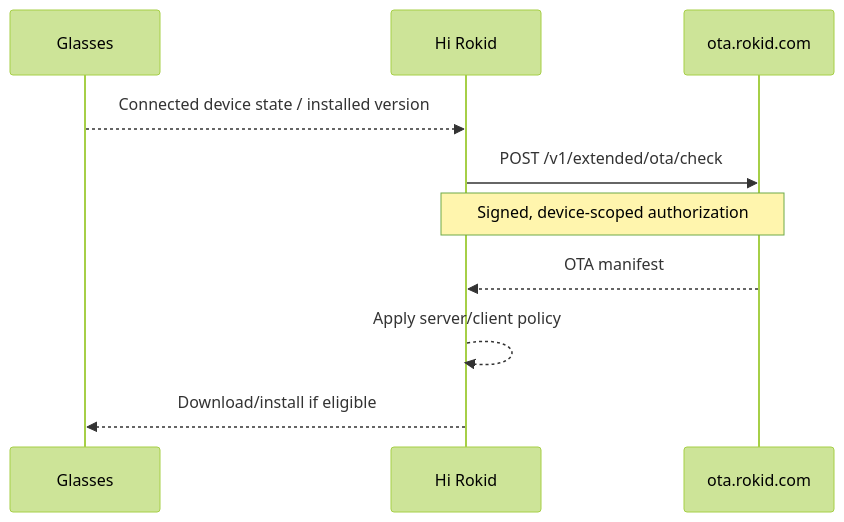
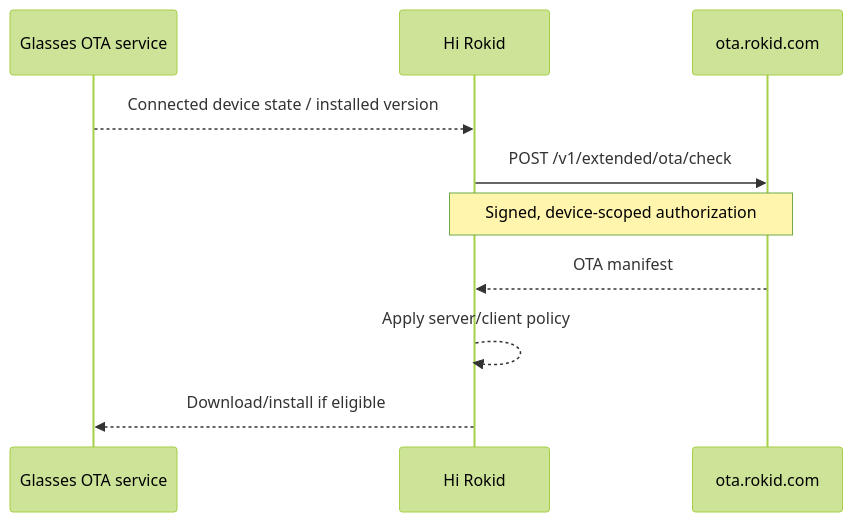
The fifth of 5 diagrams in docs/architecture/non-display-system-architecture.md (aimindseye/rokid-ai-glasses), drawn with Mermaid (forest theme) before and after one commit. The commit also changed other lines of this file and 2 other files, not shown here.

Commit message:
docs: clarify glasses and app architecture

````diff
--- a/docs/architecture/non-display-system-architecture.md
+++ b/docs/architecture/non-display-system-architecture.md
@@ -343,13 +523,13 @@
 ```mermaid
 sequenceDiagram
-    participant G as Glasses
+    participant G as Glasses OTA service
     participant A as Hi Rokid
     participant O as ota.rokid.com
 
     G-->>A: Connected device state / installed version
     A->>O: POST /v1/extended/ota/check
     Note over A,O: Signed, device-scoped authorization
     O-->>A: OTA manifest
     A-->>A: Apply server/client policy
     A-->>G: Download/install if eligible
 ```
````
